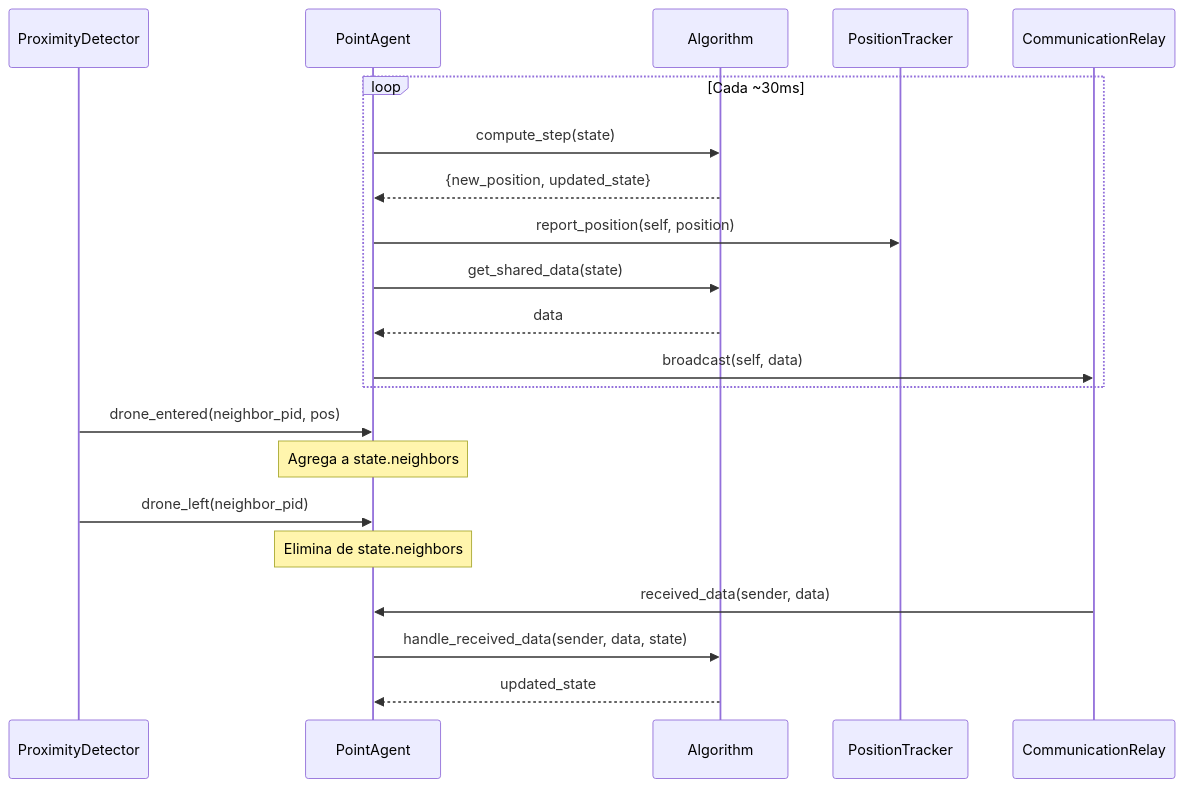
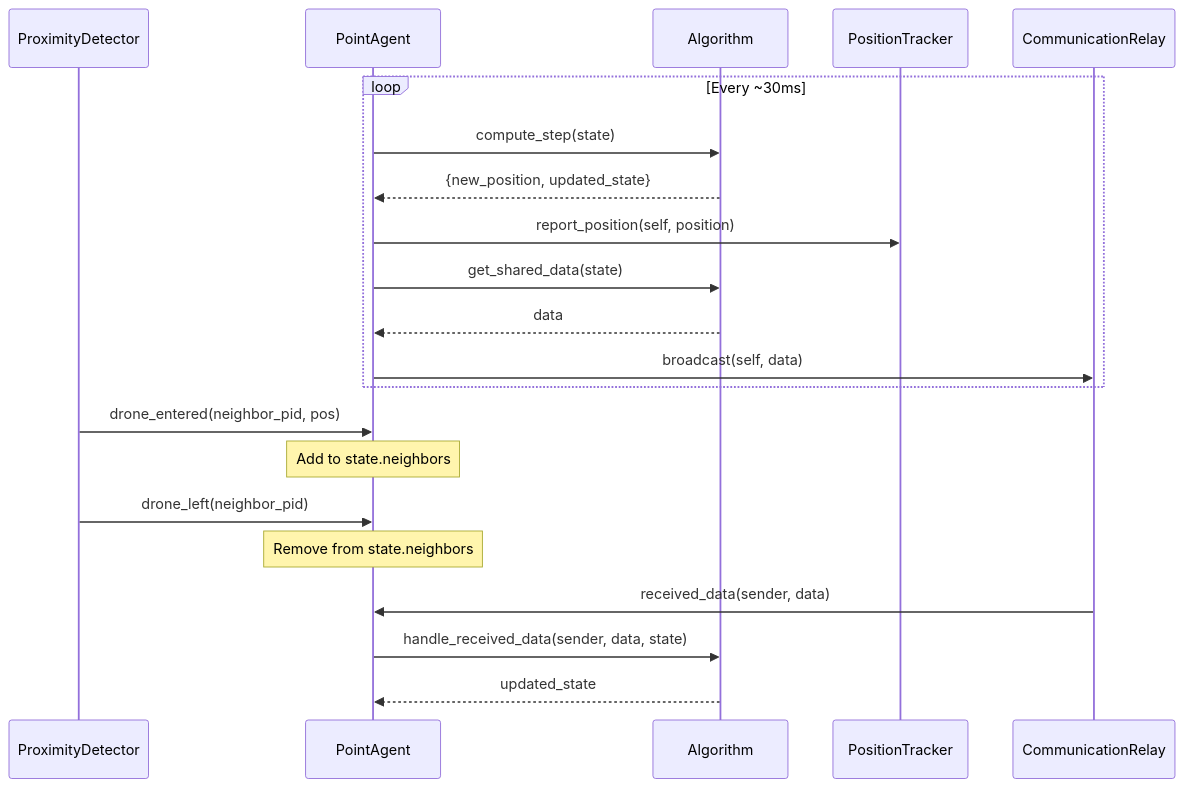
Before and after one commit to FLAGlab/Elixir-Swarm-Simulator: the second of 2 diagrams in docs/core/point_agent.md, drawn with Mermaid. The commit also changed other lines of this file and 40 other files, not shown here.

````diff
--- a/docs/core/point_agent.md
+++ b/docs/core/point_agent.md
@@ -30,26 +30,26 @@
 ```mermaid
 sequenceDiagram
     participant PD as ProximityDetector
     participant PA as PointAgent
     participant Algo as Algorithm
     participant PT as PositionTracker
     participant CR as CommunicationRelay
 
-    loop Cada ~30ms
+    loop Every ~30ms
         PA->>Algo: compute_step(state)
         Algo-->>PA: {new_position, updated_state}
         PA->>PT: report_position(self, position)
         PA->>Algo: get_shared_data(state)
         Algo-->>PA: data
         PA->>CR: broadcast(self, data)
     end
 
     PD->>PA: drone_entered(neighbor_pid, pos)
-    Note over PA: Agrega a state.neighbors
+    Note over PA: Add to state.neighbors
     PD->>PA: drone_left(neighbor_pid)
-    Note over PA: Elimina de state.neighbors
+    Note over PA: Remove from state.neighbors
 
     CR->>PA: received_data(sender, data)
     PA->>Algo: handle_received_data(sender, data, state)
     Algo-->>PA: updated_state
 ```
````
